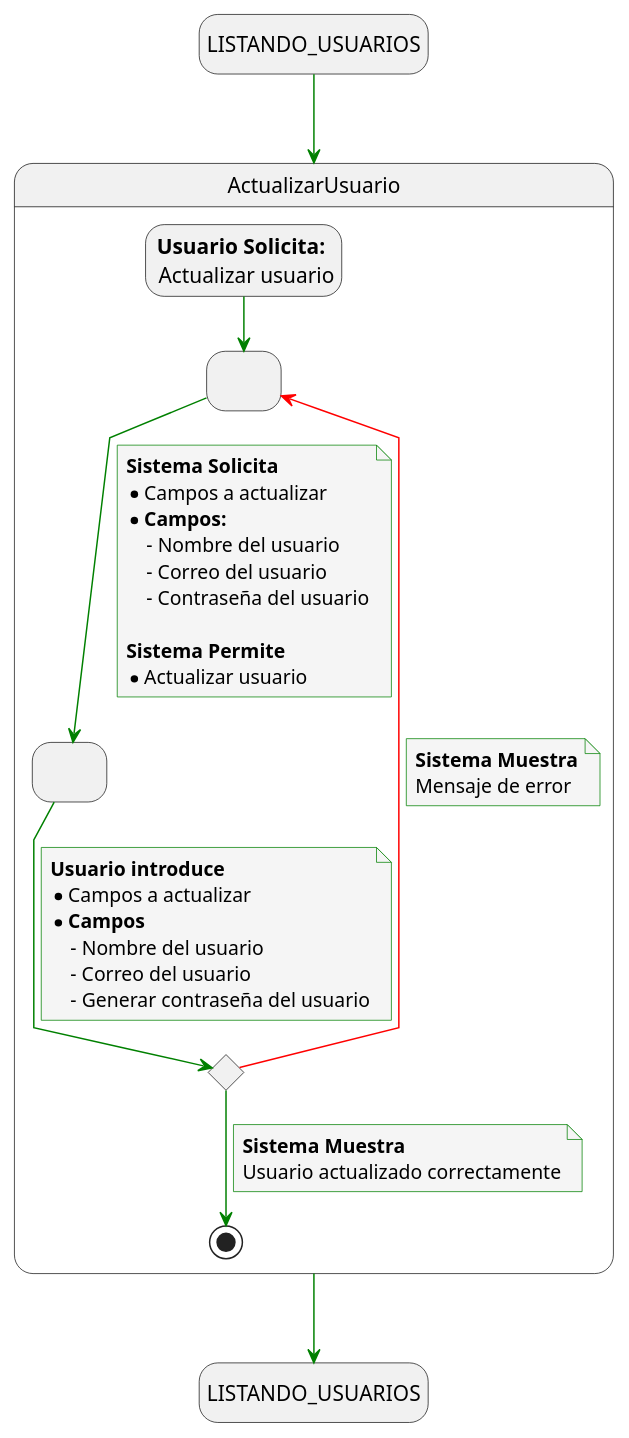
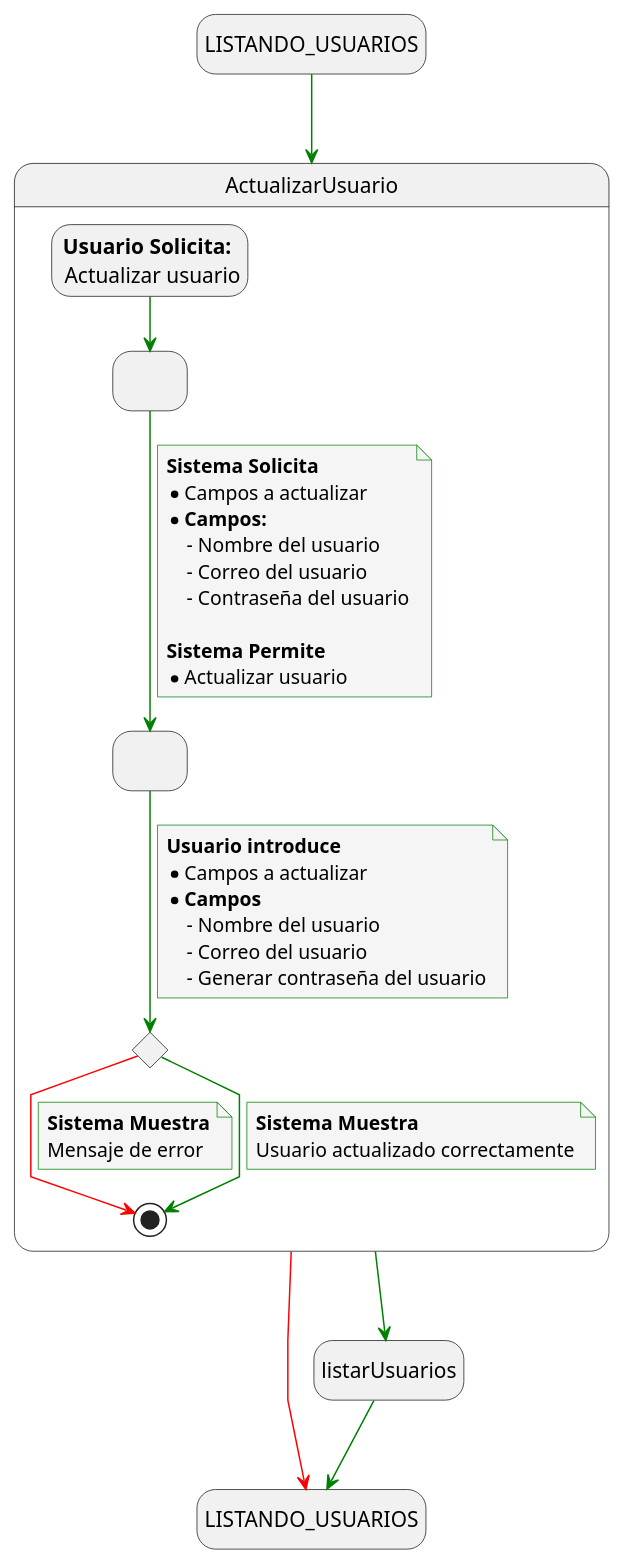
One commit to mmasias/24-25-IdSw1-SDR changed the diagram in docs/casosDeUso/detalladoCasosDeUso/detalladoUsuarios/detalladoActualizarUsuario.puml. Above: the diagram before and after it, drawn with PlantUML. The commit also changed 17 other files, not shown here.

Commit message:
Actualizar diagramas de casos de uso para redirigir a abrirDashboard y corregir transiciones de estado

```diff
--- a/docs/casosDeUso/detalladoCasosDeUso/detalladoUsuarios/detalladoActualizarUsuario.puml
+++ b/docs/casosDeUso/detalladoCasosDeUso/detalladoUsuarios/detalladoActualizarUsuario.puml
@@ -1,62 +1,64 @@
 @startuml actualizar_usuario
 
 skinparam {
   NoteBackgroundColor #whiteSmoke
   ArrowColor #green
   NoteBorderColor #green
   linetype polyline
 }
 
 hide empty description
 
 state startState as "LISTANDO_USUARIOS"
 state endState as "LISTANDO_USUARIOS"
 
 startState --> ActualizarUsuario
-ActualizarUsuario --> endState
+ActualizarUsuario --> listarUsuarios
+listarUsuarios --> endState
+ActualizarUsuario -[#red]-> endState
 
 state ActualizarUsuario {
     state solicitudActualizarUsuario as " "
     state envioActualizarUsuario as " "
     state revisionActualizarUsuario <<choice>>
     state usuarioSolicita as "<b>Usuario Solicita:</b> \n Actualizar usuario"
 
     usuarioSolicita --> solicitudActualizarUsuario
     solicitudActualizarUsuario --> envioActualizarUsuario
     note on link
         <b>Sistema Solicita</b>
         * Campos a actualizar
         * <b>Campos:</b>
             - Nombre del usuario
             - Correo del usuario
             - Contraseña del usuario
 
         <b>Sistema Permite</b>
         * Actualizar usuario
     end note
 
     envioActualizarUsuario --> revisionActualizarUsuario
     note on link
         <b>Usuario introduce</b>
         * Campos a actualizar
         * <b>Campos</b>
             - Nombre del usuario
             - Correo del usuario
             - Generar contraseña del usuario
     end note
 
-    revisionActualizarUsuario -[#red]-> solicitudActualizarUsuario
+    revisionActualizarUsuario -[#red]-> [*]
     note on link
         <b>Sistema Muestra</b>
         Mensaje de error
     end note
 
    revisionActualizarUsuario --> [*]
     note on link
         <b>Sistema Muestra</b>
         Usuario actualizado correctamente
     end note
 
 }
 
 @enduml
```
